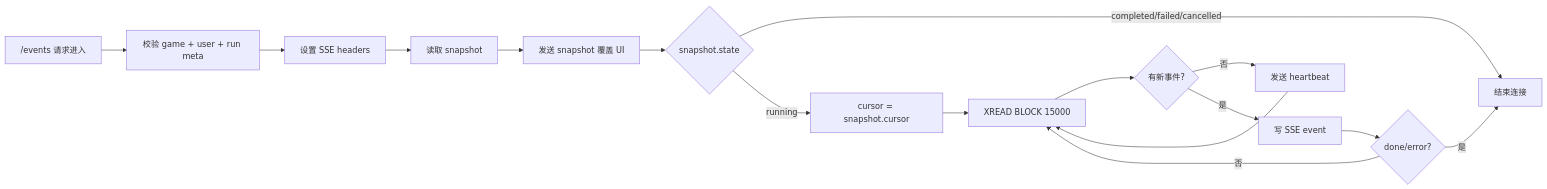
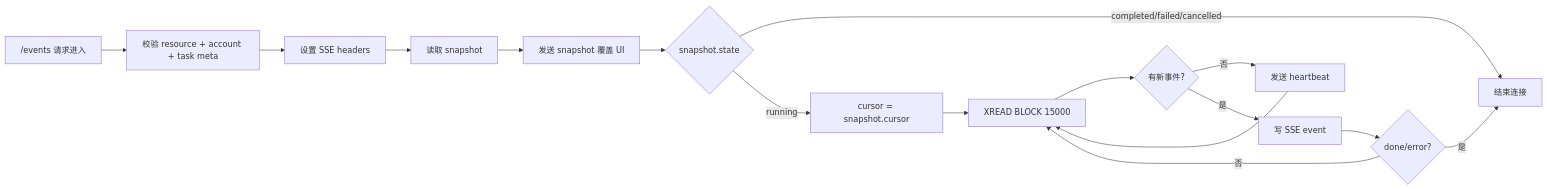
Before and after one commit to lizuncong/lizuncong.github.io: the fourth of 4 diagrams in docs/codex/sse流式输出断开重连.md, drawn with Mermaid. The commit also changed other lines of this file, not shown here.

````diff
--- a/docs/codex/sse流式输出断开重连.md
+++ b/docs/codex/sse流式输出断开重连.md
@@ -651,24 +618,24 @@
 ```mermaid
 flowchart LR
     A["/events 请求进入"]
-    B["校验 game + user + run meta"]
+    B["校验 resource + account + task meta"]
     C["设置 SSE headers"]
     D["读取 snapshot"]
     E["发送 snapshot 覆盖 UI"]
     F{"snapshot.state"}
     G["结束连接"]
     H["cursor = snapshot.cursor"]
     I["XREAD BLOCK 15000"]
     J{"有新事件?"}
     K["发送 heartbeat"]
     L["写 SSE event"]
     M{"done/error?"}
 
     A --> B --> C --> D --> E --> F
     F -->|"completed/failed/cancelled"| G
     F -->|"running"| H --> I --> J
     J -->|"否"| K --> I
     J -->|"是"| L --> M
     M -->|"否"| I
     M -->|"是"| G
 ```
````
